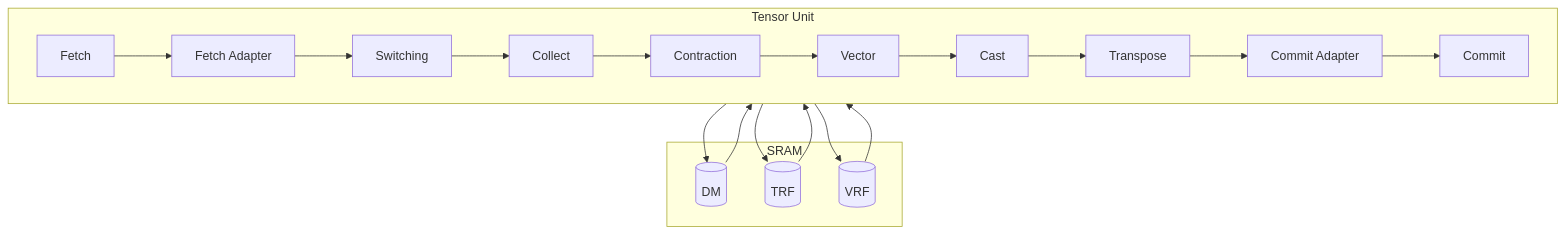
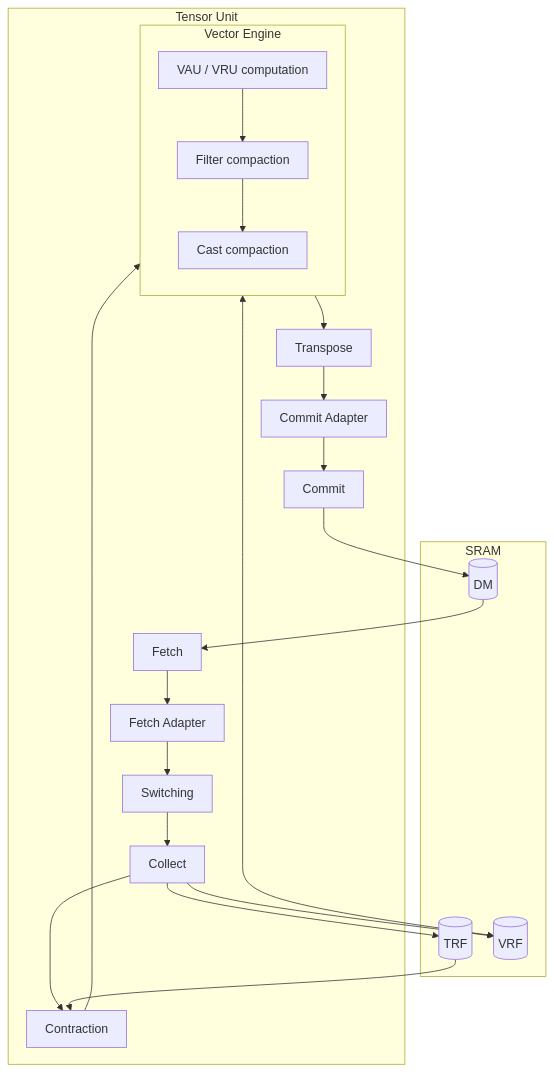
One commit to furiosa-ai/furiosa-opt-preview changed the diagram in docs/src/computing-tensors/index.md. Above: the diagram before and after it, drawn with Mermaid. The commit also changed other lines of this file and 86 other files, not shown here.

````diff
--- a/docs/src/computing-tensors/index.md
+++ b/docs/src/computing-tensors/index.md
@@ -29,27 +29,34 @@
 ```mermaid
+%%{init: {'flowchart': {'nodeSpacing': 28, 'rankSpacing': 44, 'padding': 12}}}%%
 flowchart TB
     subgraph SRAM
         DM[(DM)] & TRF[(TRF)] & VRF[(VRF)]
     end
 
     subgraph TU[Tensor Unit]
-        direction LR
-        FE[Fetch] --> FA[Fetch Adapter] --> SW[Switching] --> CO[Collect] --> CE[Contraction] --> VE[Vector] --> CA[Cast] --> TR[Transpose] --> CMA[Commit Adapter] --> CM[Commit]
+        FE[Fetch] --> FA[Fetch Adapter] --> SW[Switching] --> CO[Collect] --> CE[Contraction] --> VE
+        subgraph VE[Vector Engine]
+            direction TB
+            VC[VAU / VRU computation] --> VF[Filter compaction] --> CA[Cast compaction]
+        end
+        CA --> TR[Transpose] --> CMA[Commit Adapter] --> CM[Commit]
     end
 
     DM --> FE
     CM --> DM
     CO --> TRF --> CE
-    CO --> VRF --> VE
+    CO --> VRF
+    VE <--> VRF
 
     click FE "../moving-tensors/fetch-engine.html" "Fetch Engine"
     click FA "./fetch-adapter.html" "Fetch Adapter"
     click SW "./switch-engine.html" "Switch Engine"
     click CO "./collect-engine.html" "Collect Engine"
     click CE "./contraction-engine/index.html" "Contraction Engine"
-    click VE "./vector-engine/index.html" "Vector Engine"
-    click CA "./cast-engine.html" "Cast Engine"
+    click VC "./vector-engine/index.html#interface" "VAU / VRU computation"
+    click VF "./vector-engine/intra-slice-chain.html#filter" "Filter compaction"
+    click CA "./vector-engine/cast-compaction.html" "Cast compaction"
     click TR "./transpose-engine.html" "Transpose Engine"
     click CMA "./commit-adapter.html" "Commit Adapter"
     click CM "../moving-tensors/commit-engine.html" "Commit Engine"
 ```
````
